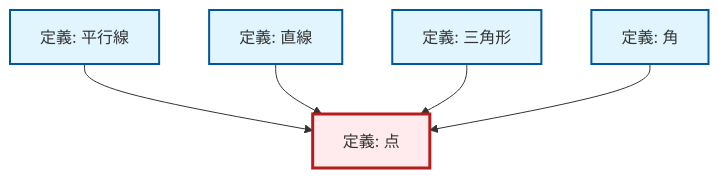
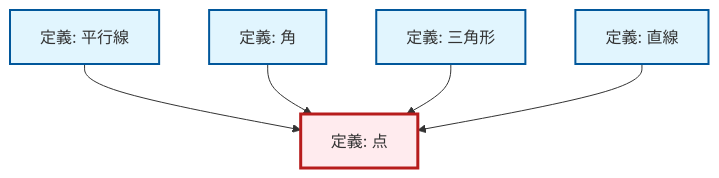
Before and after one commit to RK0429/ModernMath: the diagram in content/ja/geometry/def-point.qmd, drawn with Mermaid. The commit also changed other lines of this file and 1012 other files, not shown here.

````diff
--- a/content/ja/geometry/def-point.qmd
+++ b/content/ja/geometry/def-point.qmd
@@ -40,23 +40,23 @@
 ```{mermaid}
 %%| fig-cap: "Local dependency graph"
 graph TD
     classDef definition fill:#e1f5fe,stroke:#01579b,stroke-width:2px
     classDef theorem fill:#f3e5f5,stroke:#4a148c,stroke-width:2px
     classDef axiom fill:#fff3e0,stroke:#e65100,stroke-width:2px
     classDef example fill:#e8f5e9,stroke:#1b5e20,stroke-width:2px
     classDef current fill:#ffebee,stroke:#b71c1c,stroke-width:3px
+    def-triangle["定義: 三角形"]:::definition
+    def-angle["定義: 角"]:::definition
+    def-parallel["定義: 平行線"]:::definition
     def-line["定義: 直線"]:::definition
-    def-triangle["定義: 三角形"]:::definition
-    def-parallel["定義: 平行線"]:::definition
     def-point["定義: 点"]:::definition
-    def-angle["定義: 角"]:::definition
     def-parallel --> def-point
+    def-angle --> def-point
+    def-triangle --> def-point
     def-line --> def-point
-    def-triangle --> def-point
-    def-angle --> def-point
     class def-point current
+    click def-triangle "def-triangle.html" "三角形の定義へ"
+    click def-angle "def-angle.html" "角の定義へ"
+    click def-parallel "def-parallel.html" "平行線の定義へ"
     click def-line "def-line.html" "直線の定義へ"
-    click def-triangle "def-triangle.html" "三角形の定義へ"
-    click def-parallel "def-parallel.html" "平行線の定義へ"
-    click def-angle "def-angle.html" "角の定義へ"
 ```
````
